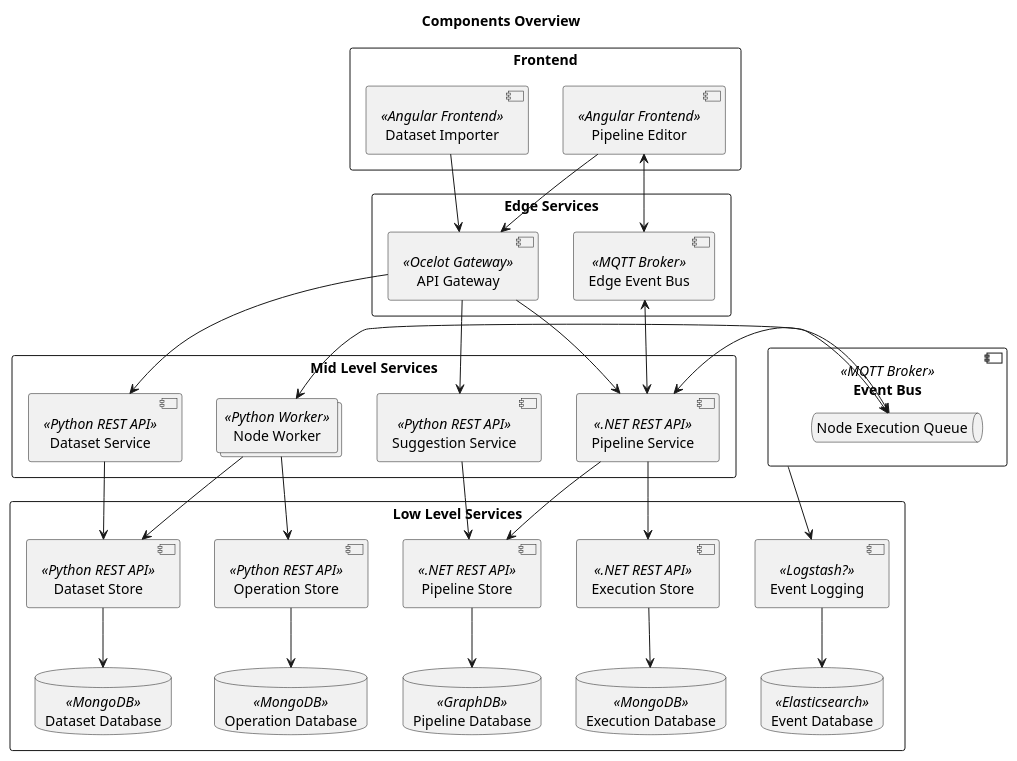
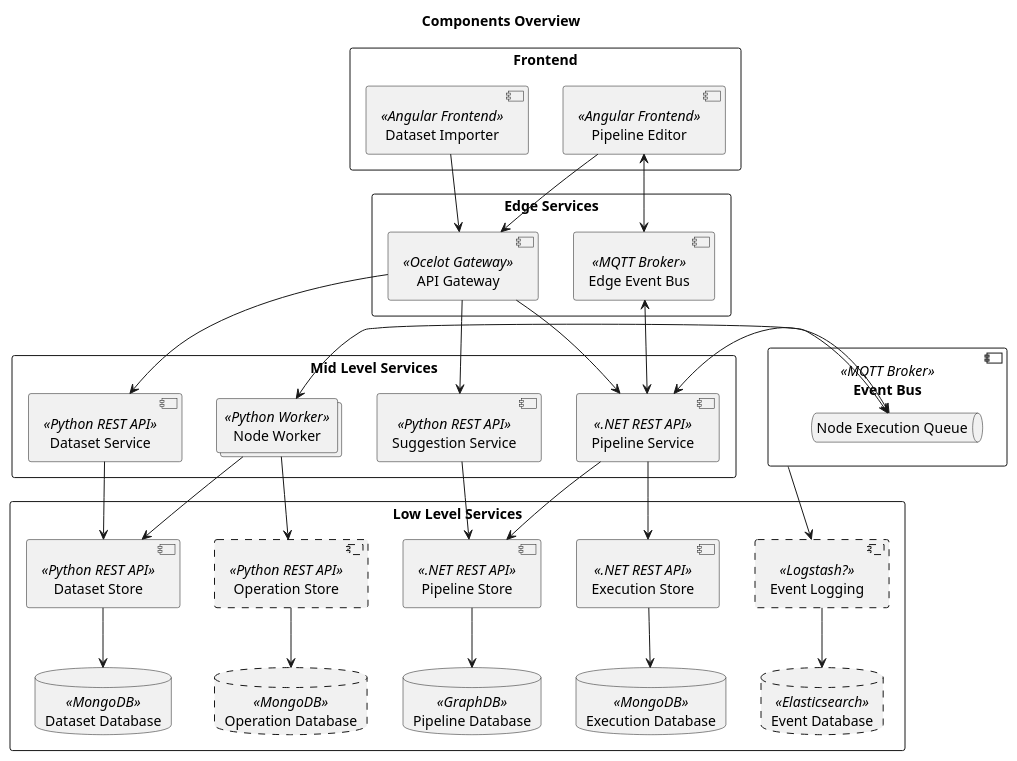
Before and after one commit to project-hanse/prototype-a: the diagram in docs/architecture/overview.puml, drawn with PlantUML. The commit also changed 4 other files, not shown here.

Commit message:
[PH-113] Added temporary deprecation notice on operation store

```diff
--- a/docs/architecture/overview.puml
+++ b/docs/architecture/overview.puml
@@ -1,75 +1,75 @@
 @startuml
 'https://plantuml.com/deployment-diagram
 
 title "Components Overview"
 
 'Definitions'
 
 rectangle "Frontend" {
     component "Pipeline Editor" << Angular Frontend>> as pipeline_editor
     component "Dataset Importer" << Angular Frontend >> as dataset_importer
 }
 
 rectangle "Edge Services" {
     component "API Gateway" << Ocelot Gateway>> as api_gateway
     component "Edge Event Bus" << MQTT Broker >> as message_broker_edge
 }
 
 rectangle "Mid Level Services" {
     component "Pipeline Service" << .NET REST API >> as pipeline_service
     collections  "Node Worker" <<Python Worker>> as worker
     component "Suggestion Service" << Python REST API >> as suggestion_service
     component "Dataset Service" << Python REST API >> as dataset_service
 }
 
 rectangle "Low Level Services" {
     component "Pipeline Store" << .NET REST API >> as pipeline_store
     database "Pipeline Database" << GraphDB >> as pipeline_db
     
     component "Execution Store" << .NET REST API >> as execution_store
     database "Execution Database" << MongoDB >> as execution_db
     
     component "Dataset Store" << Python REST API >> as dataset_store
     database "Dataset Database" << MongoDB >> as dataset_db
     
-    component "Operation Store" << Python REST API >> as operation_store
-    database "Operation Database" << MongoDB >> as operation_db
+    component #line.dashed "Operation Store" << Python REST API >> as operation_store
+    database #line.dashed "Operation Database" << MongoDB >> as operation_db
     
-    component "Event Logging" << Logstash? >> as event_logging
-    database "Event Database" << Elasticsearch >> as event_db    
+    component #line.dashed "Event Logging" << Logstash? >> as event_logging
+    database #line.dashed "Event Database" << Elasticsearch >> as event_db    
 }
 
 component "Event Bus" << MQTT Broker >> as message_broker {
     queue "Node Execution Queue" as node_execution_queue
 }
 
 'Interaction'
 
 pipeline_editor --> api_gateway
 dataset_importer --> api_gateway
 
 api_gateway --> pipeline_service 
 api_gateway --> suggestion_service
 api_gateway --> dataset_service
 
 pipeline_store --> pipeline_db
 dataset_store --> dataset_db
 execution_store --> execution_db 
 operation_store --> operation_db
 event_logging --> event_db
 
 pipeline_service <--> node_execution_queue
 node_execution_queue <--> worker 
 
 message_broker --> event_logging
 
 worker --> dataset_store 
 worker -->operation_store
 suggestion_service --> pipeline_store
 pipeline_service --> execution_store
 pipeline_service --> pipeline_store
 dataset_service --> dataset_store
 
 pipeline_service <--> message_broker_edge
 pipeline_editor <--> message_broker_edge
 @enduml
```
